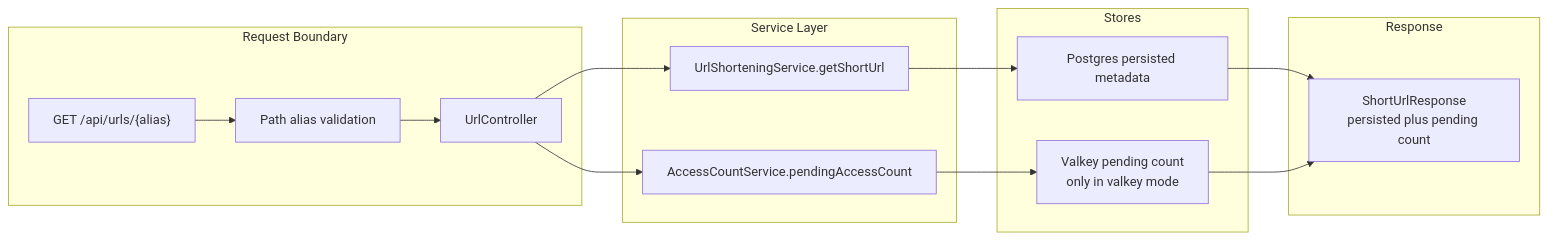
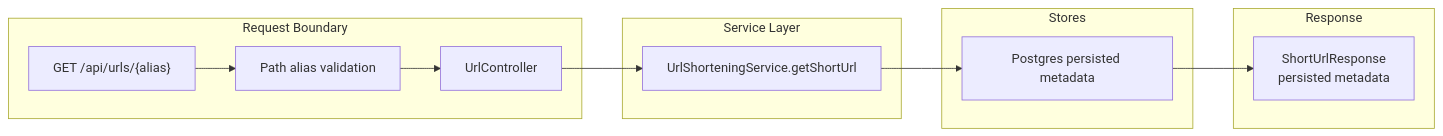
The fifth of 5 diagrams in README.md (itsmesubham/zipurl), drawn with Mermaid before and after one commit. The commit also changed other lines of this file and 10 other files, not shown here.

````diff
--- a/README.md
+++ b/README.md
@@ -211,28 +191,24 @@
 ```mermaid
 flowchart LR
     subgraph request [Request Boundary]
         metadataRequest["GET /api/urls/{alias}"]
         aliasValidation["Path alias validation"]
         urlController["UrlController"]
     end
 
     subgraph service [Service Layer]
         getShortUrl["UrlShorteningService.getShortUrl"]
-        pendingCount["AccessCountService.pendingAccessCount"]
     end
 
     subgraph stores [Stores]
         postgres["Postgres persisted metadata"]
-        valkey["Valkey pending count\nonly in valkey mode"]
     end
 
     subgraph response [Response]
-        responseDto["ShortUrlResponse\npersisted plus pending count"]
+        responseDto["ShortUrlResponse\npersisted metadata"]
     end
 
     metadataRequest --> aliasValidation --> urlController
     urlController --> getShortUrl --> postgres
-    urlController --> pendingCount --> valkey
     postgres --> responseDto
-    valkey --> responseDto
 ```
````
